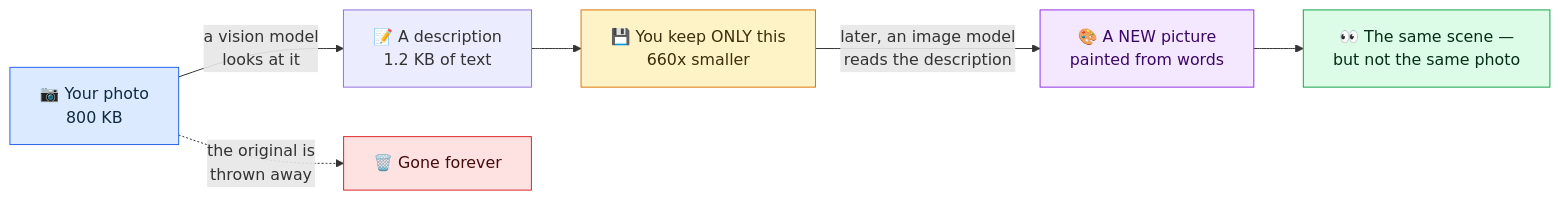
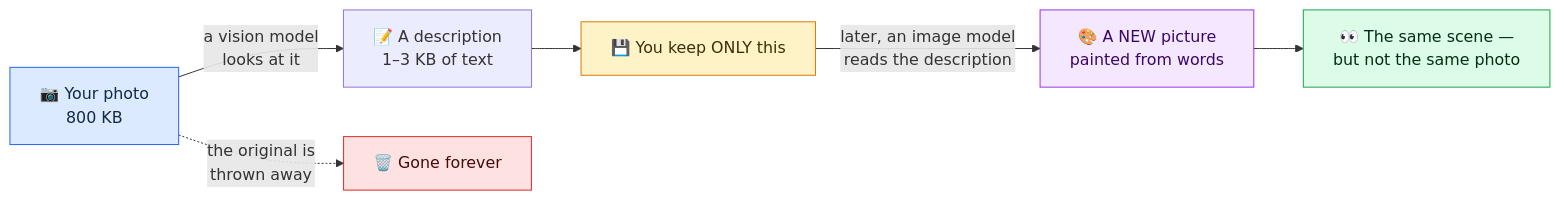
The diagram in README.md (marcelpetrick/llmPEG), drawn with Mermaid before and after one commit. The commit also changed other lines of this file, not shown here.

````diff
--- a/README.md
+++ b/README.md
@@ -40,14 +38,14 @@
 ```mermaid
 flowchart LR
-    A["📷 Your photo<br/>800 KB"] -->|"a vision model<br/>looks at it"| B["📝 A description<br/>1.2 KB of text"]
-    B --> C["💾 You keep ONLY this<br/>660x smaller"]
+    A["📷 Your photo<br/>800 KB"] -->|"a vision model<br/>looks at it"| B["📝 A description<br/>1–3 KB of text"]
+    B --> C["💾 You keep ONLY this"]
     A -.->|"the original is<br/>thrown away"| D["🗑️ Gone forever"]
     C -->|"later, an image model<br/>reads the description"| E["🎨 A NEW picture<br/>painted from words"]
     E --> F["👀 The same scene —<br/>but not the same photo"]
 
     style A fill:#dbeafe,stroke:#2563eb,color:#102a43
     style C fill:#fef3c7,stroke:#d97706,color:#3b2f0b
     style D fill:#fee2e2,stroke:#dc2626,color:#450a0a
     style E fill:#f3e8ff,stroke:#9333ea,color:#3b0764
     style F fill:#dcfce7,stroke:#16a34a,color:#052e16
 ```
````
